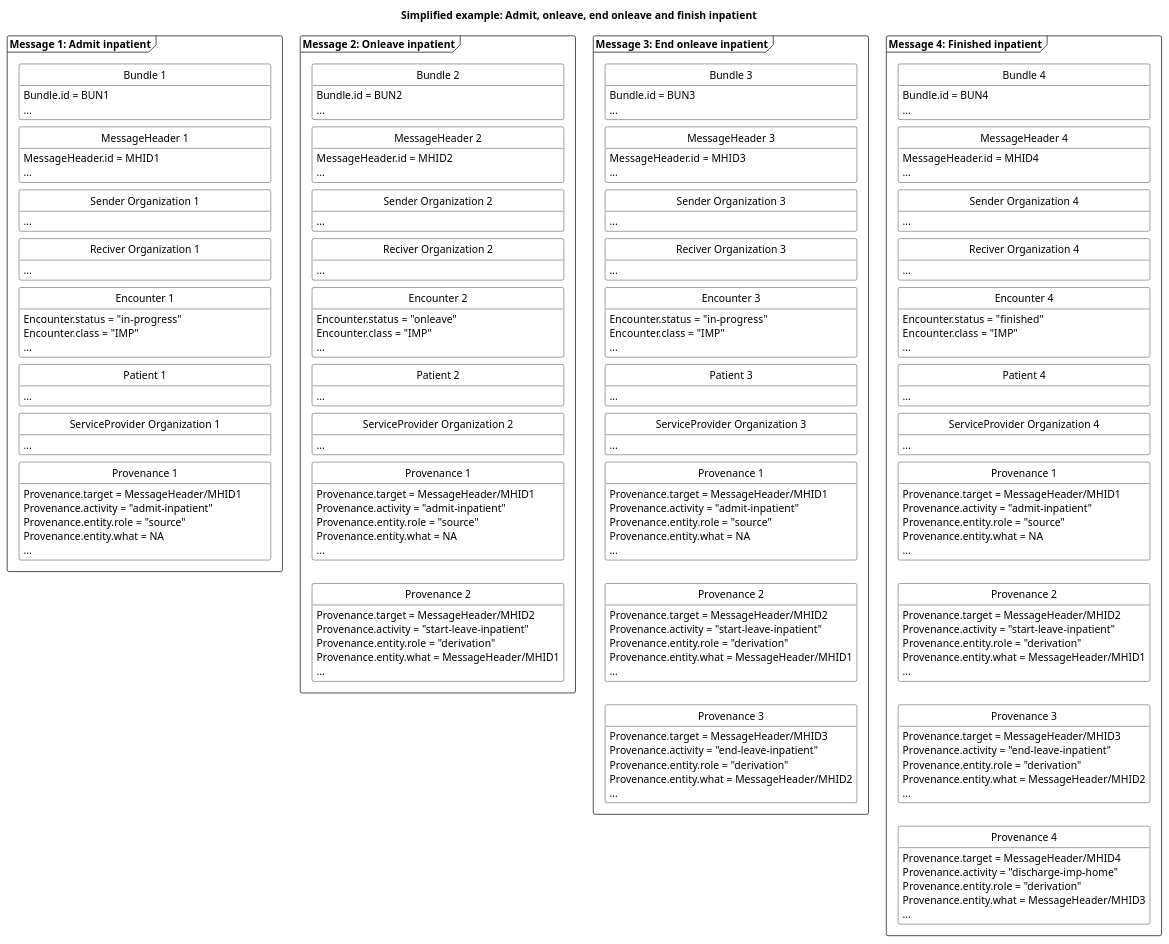
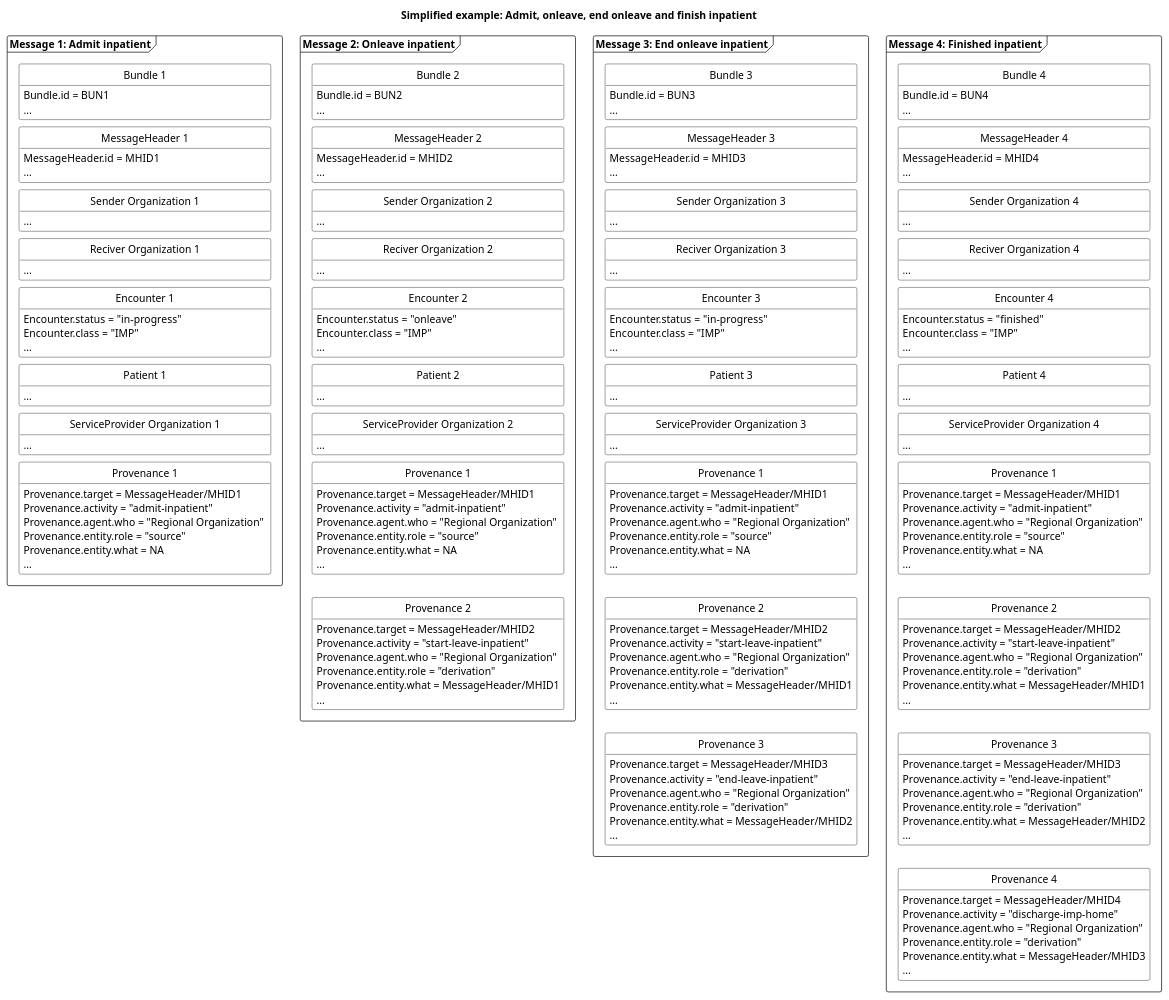
The diagram in puml/HospitalNotificationAdmitOnleaveEndFinish.puml (medcomdk/dk-medcom), drawn with PlantUML before and after one commit. The commit also changed 5 other files, not shown here.

```diff
--- a/puml/HospitalNotificationAdmitOnleaveEndFinish.puml
+++ b/puml/HospitalNotificationAdmitOnleaveEndFinish.puml
@@ -46,6 +46,7 @@
     class "Provenance 1" as admitPRO{
         Provenance.target = MessageHeader/MHID1
         Provenance.activity = "admit-inpatient"
+        Provenance.agent.who = "Regional Organization"
         Provenance.entity.role = "source"
         Provenance.entity.what = NA
         ...
@@ -93,6 +94,7 @@
     class "Provenance 1" as admitonleavePRO{
         Provenance.target = MessageHeader/MHID1
         Provenance.activity = "admit-inpatient"
+        Provenance.agent.who = "Regional Organization"
         Provenance.entity.role = "source"        
         Provenance.entity.what = NA
         ...
@@ -100,6 +102,7 @@
     class "Provenance 2" as onleavePRO{
         Provenance.target = MessageHeader/MHID2
         Provenance.activity = "start-leave-inpatient"
+        Provenance.agent.who = "Regional Organization"
         Provenance.entity.role = "derivation"
         Provenance.entity.what = MessageHeader/MHID1
         ...
@@ -145,6 +148,7 @@
     class "Provenance 1" as admitendOnleavePRO{
         Provenance.target = MessageHeader/MHID1
         Provenance.activity = "admit-inpatient"
+        Provenance.agent.who = "Regional Organization"
         Provenance.entity.role = "source"
         Provenance.entity.what = NA
         ...
@@ -152,6 +156,7 @@
     class "Provenance 2" as onleaveendOnleavePRO{
         Provenance.target = MessageHeader/MHID2
         Provenance.activity = "start-leave-inpatient"
+        Provenance.agent.who = "Regional Organization"
         Provenance.entity.role = "derivation"
         Provenance.entity.what = MessageHeader/MHID1
         ...
@@ -159,6 +164,7 @@
     class "Provenance 3" as endOnleavePRO{
         Provenance.target = MessageHeader/MHID3
         Provenance.activity = "end-leave-inpatient"
+        Provenance.agent.who = "Regional Organization"
         Provenance.entity.role = "derivation"
         Provenance.entity.what = MessageHeader/MHID2
         ...
@@ -206,6 +212,7 @@
     class "Provenance 1" as admitfinishedPRO{
         Provenance.target = MessageHeader/MHID1
         Provenance.activity = "admit-inpatient"
+        Provenance.agent.who = "Regional Organization"
         Provenance.entity.role = "source"
         Provenance.entity.what = NA
         ...
@@ -213,6 +220,7 @@
     class "Provenance 2" as onleavefinishedPRO{
         Provenance.target = MessageHeader/MHID2
         Provenance.activity = "start-leave-inpatient"
+        Provenance.agent.who = "Regional Organization"
         Provenance.entity.role = "derivation"
         Provenance.entity.what = MessageHeader/MHID1
         ...
@@ -220,6 +228,7 @@
     class "Provenance 3" as endOnleavefinishedPRO{
         Provenance.target = MessageHeader/MHID3
         Provenance.activity = "end-leave-inpatient"
+        Provenance.agent.who = "Regional Organization"
         Provenance.entity.role = "derivation"
         Provenance.entity.what = MessageHeader/MHID2
         ...
@@ -227,6 +236,7 @@
     class "Provenance 4" as finishedPRO{
         Provenance.target = MessageHeader/MHID4
         Provenance.activity = "discharge-imp-home"
+        Provenance.agent.who = "Regional Organization"
         Provenance.entity.role = "derivation"
         Provenance.entity.what = MessageHeader/MHID3
         ...
```
